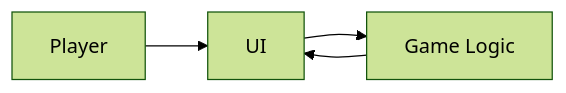
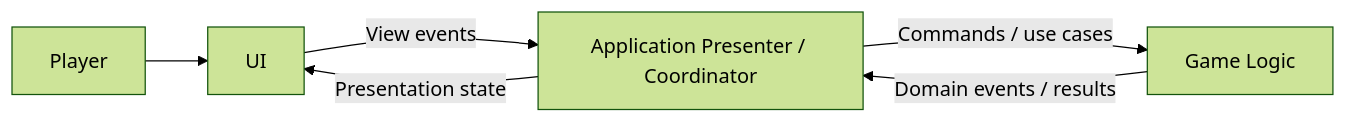
One commit to chainsawlad-Org/ChainSaw_Leg changed the diagram in Docs/Eng/ArchitectureAtlas/08_UI.md. Above: the diagram before and after it, drawn with Mermaid (forest theme). The commit also changed other lines of this file and 29 other files, not shown here.

````diff
--- a/Docs/Eng/ArchitectureAtlas/08_UI.md
+++ b/Docs/Eng/ArchitectureAtlas/08_UI.md
@@ -41,15 +41,21 @@
 ```mermaid
 flowchart LR
 
 Player["Player"]
 
 UI["UI"]
 
+Coordinator["Application Presenter / Coordinator"]
+
 Game["Game Logic"]
 
 Player --> UI
 
-UI --> Game
+UI -->|View events| Coordinator
 
-Game --> UI
+Coordinator -->|Commands / use cases| Game
+
+Game -->|Domain events / results| Coordinator
+
+Coordinator -->|Presentation state| UI
 ```
````
